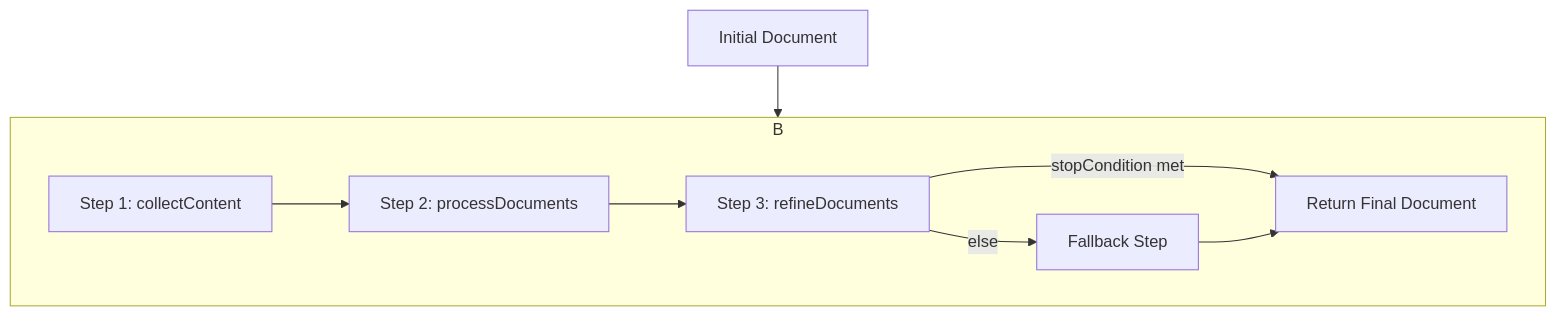
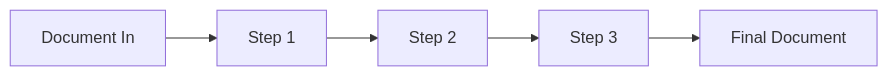
Before and after one commit to pipewrk/llm-core: the second of 4 diagrams in PIPELINE.md, drawn with Mermaid. The commit also changed other lines of this file, not shown here.

Commit message:
Updated PIPELINE.md with better narrative and more examples

````diff
--- a/PIPELINE.md
+++ b/PIPELINE.md
@@ -9,12 +43,7 @@
 ```mermaid
-flowchart TD
-    A[Initial Document] --> B(Pipeline)
-    subgraph B
-        C[Step 1: collectContent] --> D[Step 2: processDocuments]
-        D --> E[Step 3: refineDocuments]
-        E -->|stopCondition met| F[Return Final Document]
-        E -->|else| G[Fallback Step]
-        G --> F
-    end
-
+flowchart LR
+  A[Document In] --> B[Step 1]
+  B --> C[Step 2]
+  C --> D[Step 3]
+  D --> E[Final Document]
 ```
````
